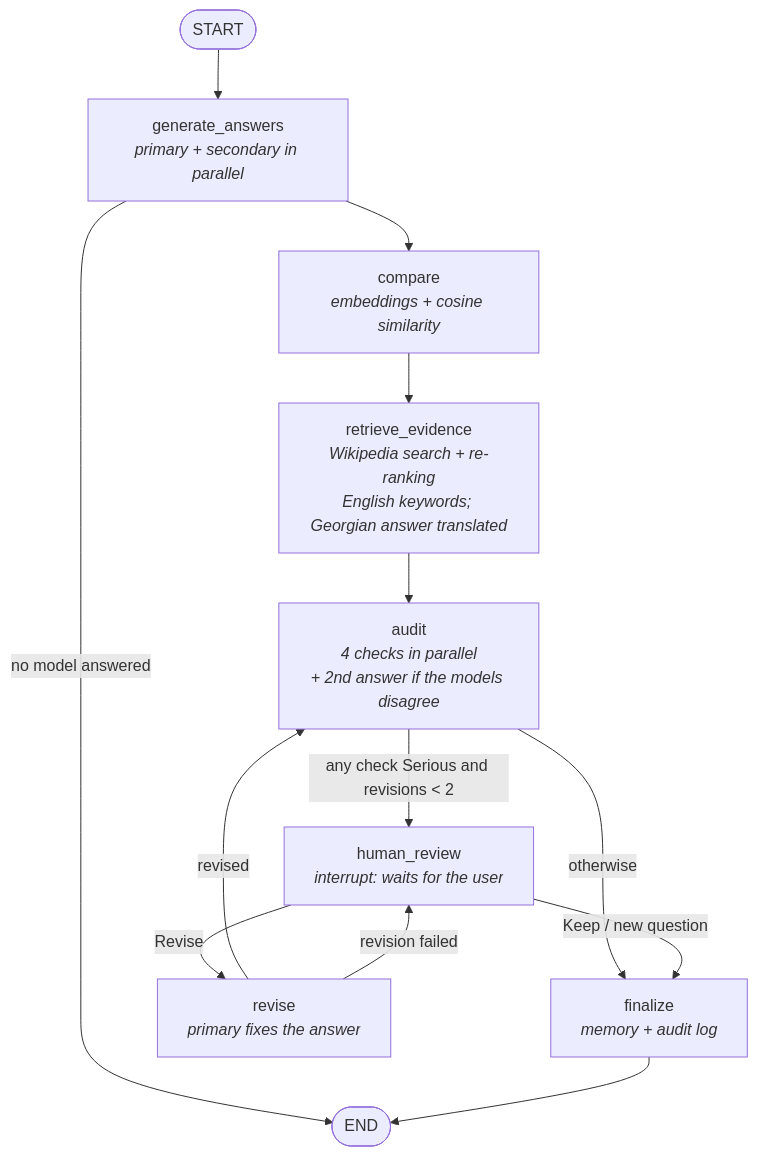
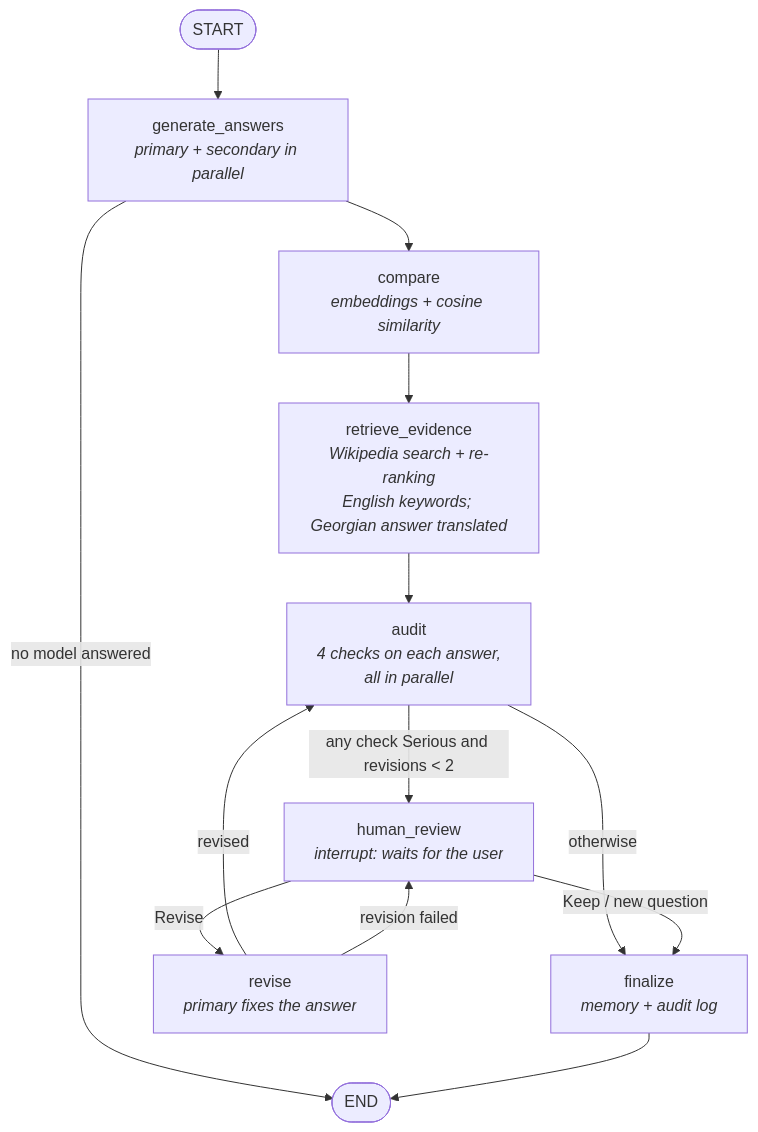
Before and after one commit to tamarkilasonia/VerdictAI: the diagram in README.md, drawn with Mermaid. The commit also changed other lines of this file and 5 other files, not shown here.

First line of the commit message:
Show both answers side by side, each with its own audit

````diff
--- a/README.md
+++ b/README.md
@@ -55,15 +56,15 @@
 ```mermaid
 flowchart TD
     S([START]) --> G[generate_answers<br/><i>primary + secondary in parallel</i>]
     G -->|no model answered| E([END])
     G --> C[compare<br/><i>embeddings + cosine similarity</i>]
     C --> R[retrieve_evidence<br/><i>Wikipedia search + re-ranking<br/>English keywords; Georgian answer translated</i>]
-    R --> A[audit<br/><i>4 checks in parallel<br/>+ 2nd answer if the models disagree</i>]
+    R --> A[audit<br/><i>4 checks on each answer,<br/>all in parallel</i>]
     A -->|"any check Serious and revisions < 2"| H[human_review<br/><i>interrupt: waits for the user</i>]
     A -->|otherwise| F[finalize<br/><i>memory + audit log</i>]
     H -->|Revise| V[revise<br/><i>primary fixes the answer</i>]
     H -->|Keep / new question| F
     V -->|revised| A
     V -->|revision failed| H
     F --> E
 ```
````
